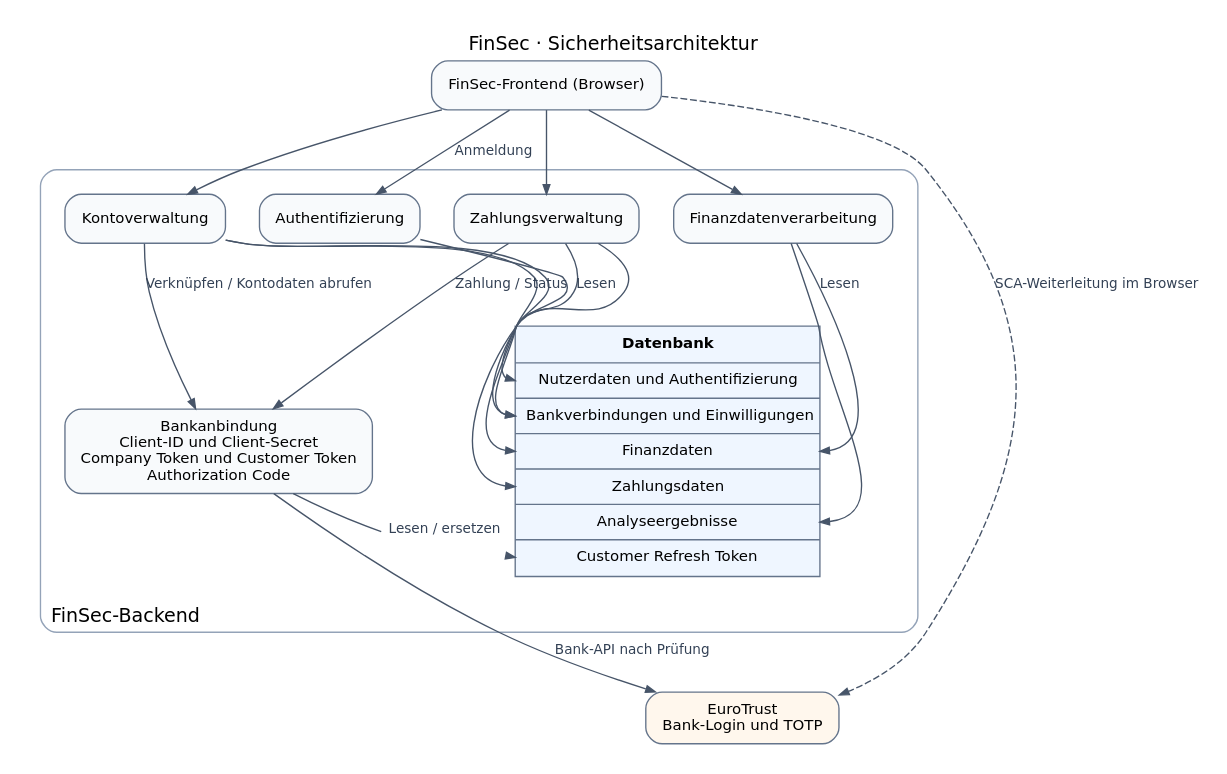
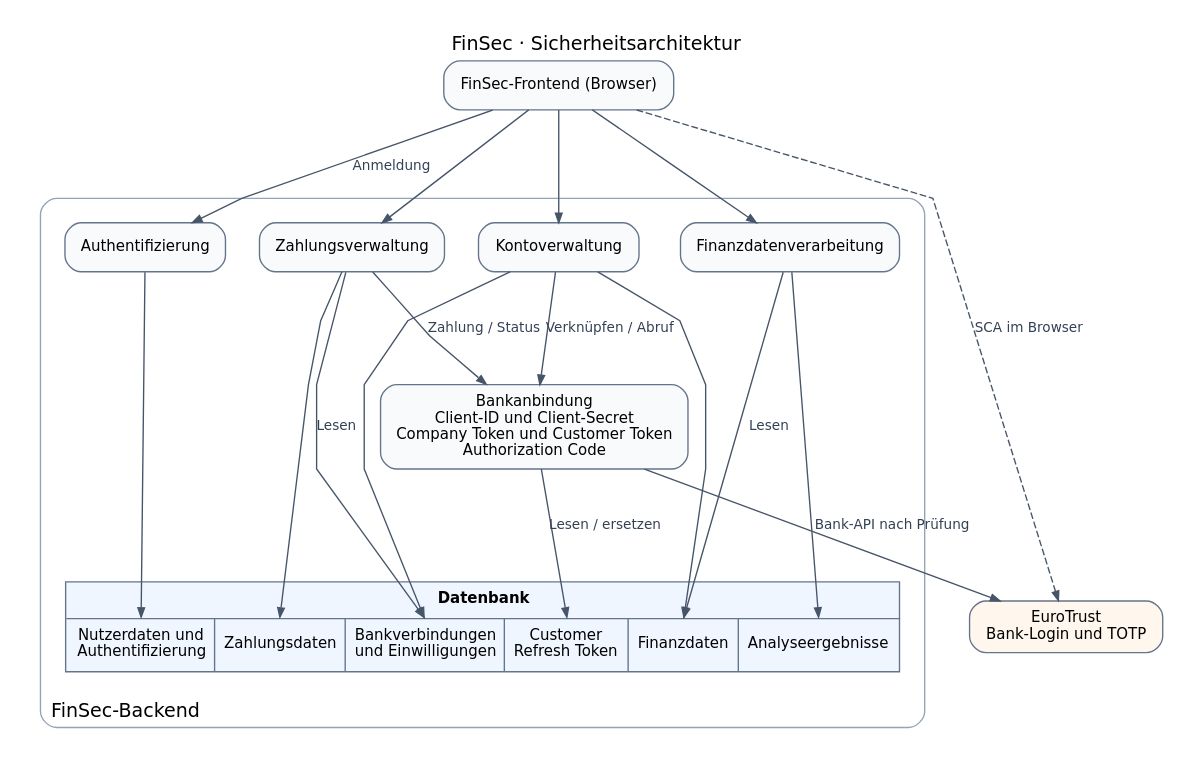
One commit to niklas9234/sichso_work changed the diagram in docs/architecture/security.dot. Above: the diagram before and after it, drawn with Graphviz. The commit also changed 1 other file, not shown here.

Commit message:
Improve security diagram arrow routing

```diff
--- a/docs/architecture/security.dot
+++ b/docs/architecture/security.dot
@@ -1,58 +1,60 @@
 digraph Security {
-    graph [rankdir=TB, bgcolor="white", pad=0.2, nodesep=0.35, ranksep=0.7,
+    graph [rankdir=TB, splines=polyline, bgcolor="white", pad=0.2, nodesep=0.35, ranksep=1.0,
            fontname="DejaVu Sans", label="FinSec · Sicherheitsarchitektur", labelloc=t]
     node [shape=box, style="rounded,filled", fillcolor="#f8fafc", color="#64748b",
           fontname="DejaVu Sans", fontsize=11, margin="0.16,0.10"]
     edge [color="#475569", fontcolor="#334155", fontname="DejaVu Sans", fontsize=10, arrowsize=0.7]
 
     frontend [label="FinSec-Frontend (Browser)"]
     bank [label="EuroTrust\nBank-Login und TOTP", fillcolor="#fff7ed"]
 
     subgraph cluster_backend {
         label="FinSec-Backend"
         labelloc=b
         labeljust=l
         color="#94a3b8"
         style=rounded
         margin=18
 
         auth [label="Authentifizierung"]
         accounts [label="Kontoverwaltung"]
         payments [label="Zahlungsverwaltung"]
         analysis [label="Finanzdatenverarbeitung"]
         adapter [label="Bankanbindung\nClient-ID und Client-Secret\nCompany Token und Customer Token\nAuthorization Code"]
 
         database [shape=plain, label=<
             <TABLE BORDER="1" CELLBORDER="0" CELLSPACING="0" CELLPADDING="7" COLOR="#64748b" BGCOLOR="#eff6ff">
-                <TR><TD><B>Datenbank</B></TD></TR>
-                <HR/><TR><TD PORT="login">Nutzerdaten und Authentifizierung</TD></TR>
-                <HR/><TR><TD PORT="consents">Bankverbindungen und Einwilligungen</TD></TR>
-                <HR/><TR><TD PORT="finance">Finanzdaten</TD></TR>
-                <HR/><TR><TD PORT="orders">Zahlungsdaten</TD></TR>
-                <HR/><TR><TD PORT="results">Analyseergebnisse</TD></TR>
-                <HR/><TR><TD PORT="refresh">Customer Refresh Token</TD></TR>
+                <TR><TD COLSPAN="6"><B>Datenbank</B></TD></TR>
+                <HR/>
+                <TR>
+                    <TD PORT="login">Nutzerdaten und<BR/>Authentifizierung</TD><VR/>
+                    <TD PORT="orders">Zahlungsdaten</TD><VR/>
+                    <TD PORT="consents">Bankverbindungen<BR/>und Einwilligungen</TD><VR/>
+                    <TD PORT="refresh">Customer<BR/>Refresh Token</TD><VR/>
+                    <TD PORT="finance">Finanzdaten</TD><VR/>
+                    <TD PORT="results">Analyseergebnisse</TD>
+                </TR>
             </TABLE>
         >]
 
         {rank=same; auth; accounts; payments; analysis}
-        {rank=same; adapter; database}
 
-        accounts -> adapter [label="Verknüpfen / Kontodaten abrufen"]
+        accounts -> adapter [label="Verknüpfen / Abruf"]
         payments -> adapter [label="Zahlung / Status"]
-        adapter -> database:refresh:w [label="Lesen / ersetzen"]
-        auth -> database:login
-        accounts -> database:consents
-        accounts -> database:finance
-        payments -> database:consents [label="Lesen"]
-        payments -> database:orders
-        analysis -> database:finance [label="Lesen"]
-        analysis -> database:results
+        adapter -> database:refresh:n [label="Lesen / ersetzen"]
+        auth -> database:login:n
+        accounts -> database:consents:n
+        accounts -> database:finance:n
+        payments -> database:consents:n [label="Lesen"]
+        payments -> database:orders:n
+        analysis -> database:finance:n [label="Lesen"]
+        analysis -> database:results:n
     }
 
     frontend -> auth [label="Anmeldung"]
     frontend -> accounts
     frontend -> payments
     frontend -> analysis
     adapter -> bank [label="Bank-API nach Prüfung"]
-    frontend -> bank [label="SCA-Weiterleitung im Browser", style=dashed]
+    frontend -> bank [label="SCA im Browser", style=dashed]
 }
```
